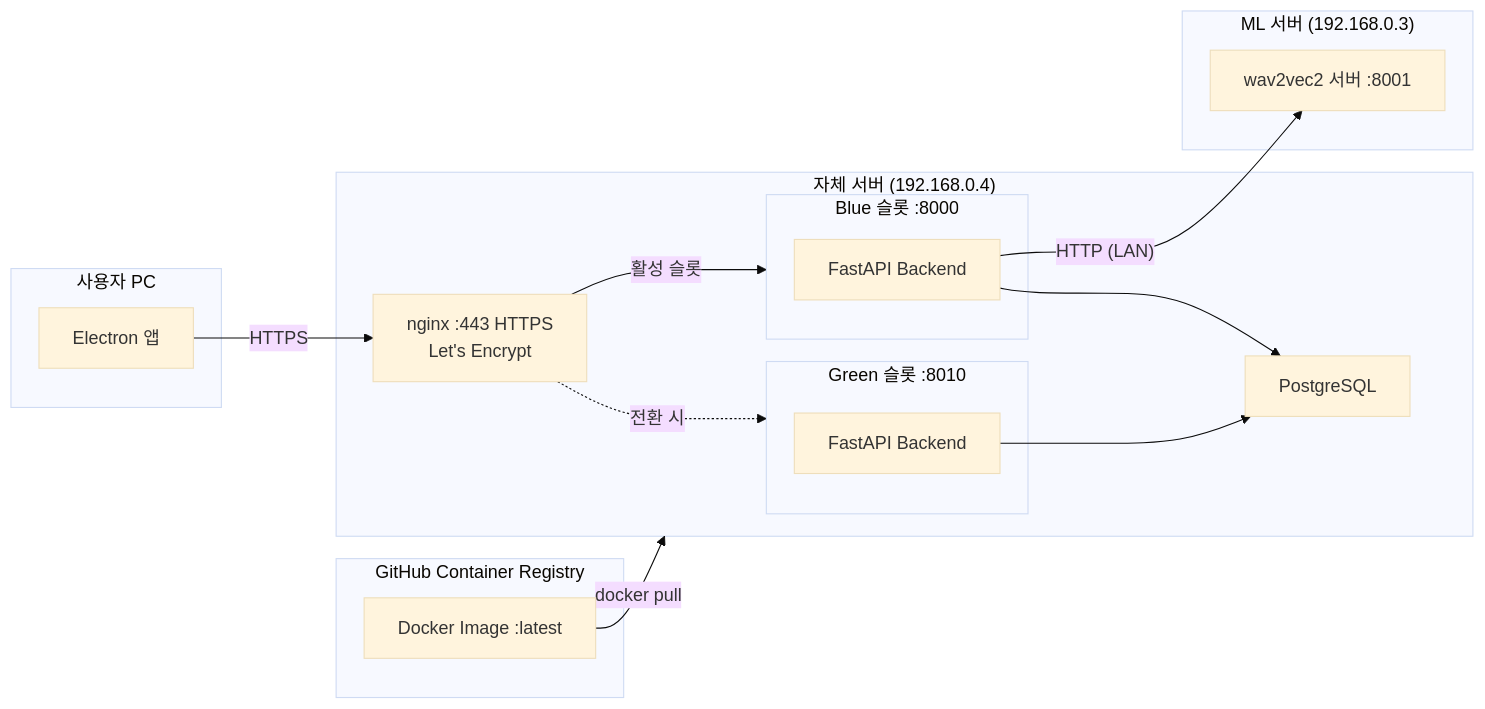
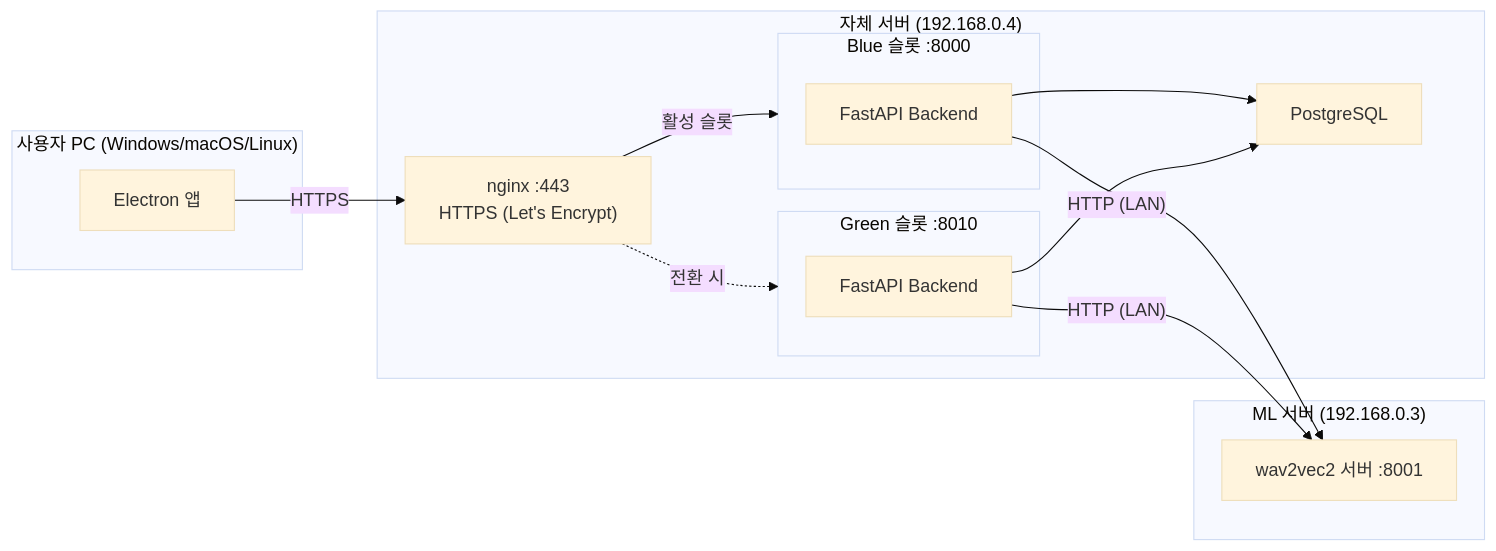
The third of 5 diagrams in docs/final-report.md (woohyun212/SE-final-project), drawn with Mermaid (base theme) before and after one commit. The commit also changed other lines of this file, not shown here.

````diff
--- a/docs/final-report.md
+++ b/docs/final-report.md
@@ -101,33 +374,27 @@
 ```mermaid
 flowchart LR
-  subgraph User["사용자 PC"]
+  subgraph User["사용자 PC (Windows/macOS/Linux)"]
     App["Electron 앱"]
   end
 
   subgraph Server["자체 서버 (192.168.0.4)"]
-    nginx2["nginx :443 HTTPS\nLet's Encrypt"]
+    nginx["nginx :443\nHTTPS (Let's Encrypt)"]
     subgraph Blue["Blue 슬롯 :8000"]
       BB["FastAPI Backend"]
     end
     subgraph Green["Green 슬롯 :8010"]
       BG2["FastAPI Backend"]
     end
     DB2["PostgreSQL"]
   end
 
   subgraph ML_Server["ML 서버 (192.168.0.3)"]
     MLS["wav2vec2 서버 :8001"]
   end
 
-  subgraph GHCR["GitHub Container Registry"]
-    IMG["Docker Image :latest"]
-  end
-
-  App -->|"HTTPS"| nginx2
-  nginx2 -->|"활성 슬롯"| Blue
-  nginx2 -.->|"전환 시"| Green
-  BB --> DB2
-  BG2 --> DB2
-  BB -->|"HTTP (LAN)"| MLS
-  IMG -->|"docker pull"| Server
+  App -->|"HTTPS"| nginx
+  nginx -->|"활성 슬롯"| Blue
+  nginx -.->|"전환 시"| Green
+  BB & BG2 --> DB2
+  BB & BG2 -->|"HTTP (LAN)"| MLS
 ```
````
